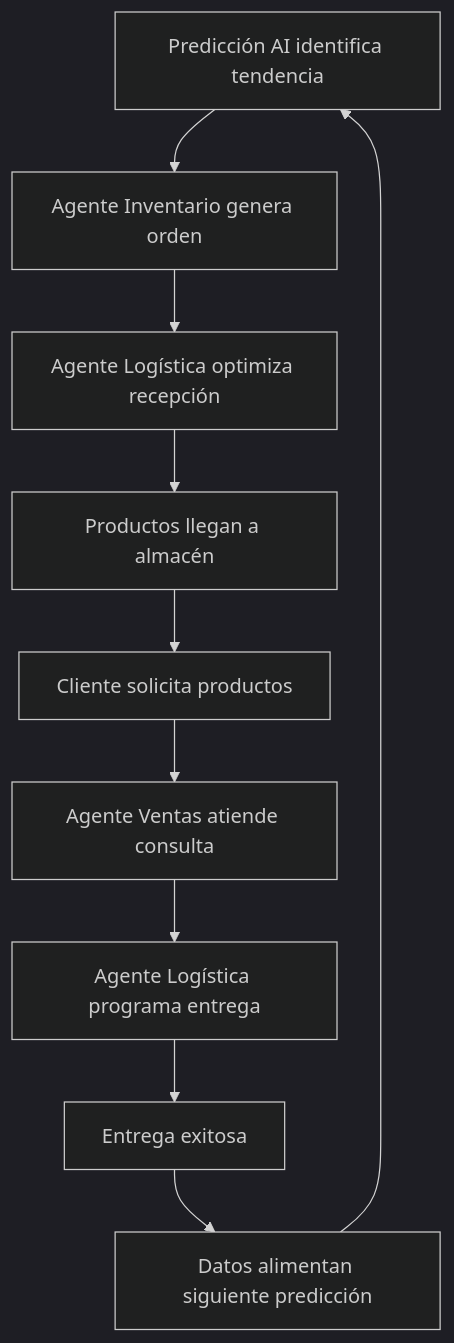
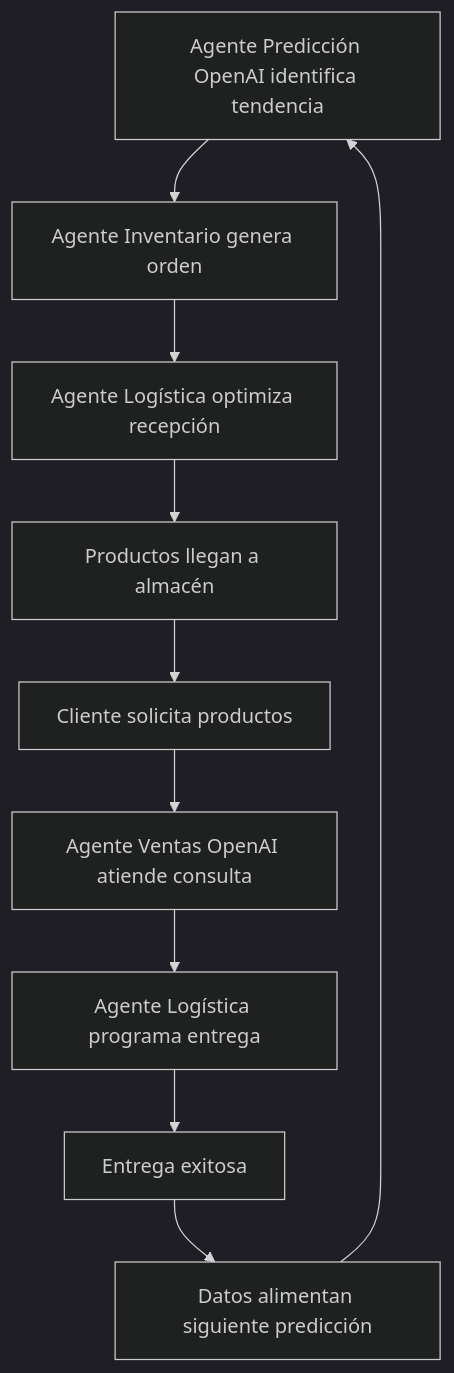
The diagram in docs/CASOS_DE_USO.md (ingleo44/topllantas-proposal), drawn with Mermaid (dark theme) before and after one commit. The commit also changed other lines of this file and 3 other files, not shown here.

````diff
--- a/docs/CASOS_DE_USO.md
+++ b/docs/CASOS_DE_USO.md
@@ -431,12 +431,12 @@
 ```mermaid
 graph TD
-    A[Predicción AI identifica tendencia] --> B[Agente Inventario genera orden]
+    A[Agente Predicción OpenAI identifica tendencia] --> B[Agente Inventario genera orden]
     B --> C[Agente Logística optimiza recepción]
     C --> D[Productos llegan a almacén]
     D --> E[Cliente solicita productos]
-    E --> F[Agente Ventas atiende consulta]
+    E --> F[Agente Ventas OpenAI atiende consulta]
     F --> G[Agente Logística programa entrega]
     G --> H[Entrega exitosa]
     H --> I[Datos alimentan siguiente predicción]
     I --> A
 ```
````
